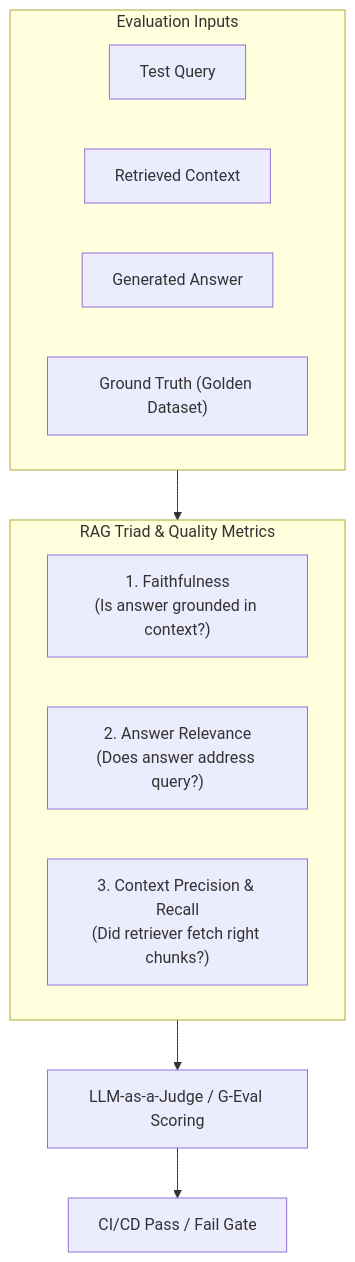
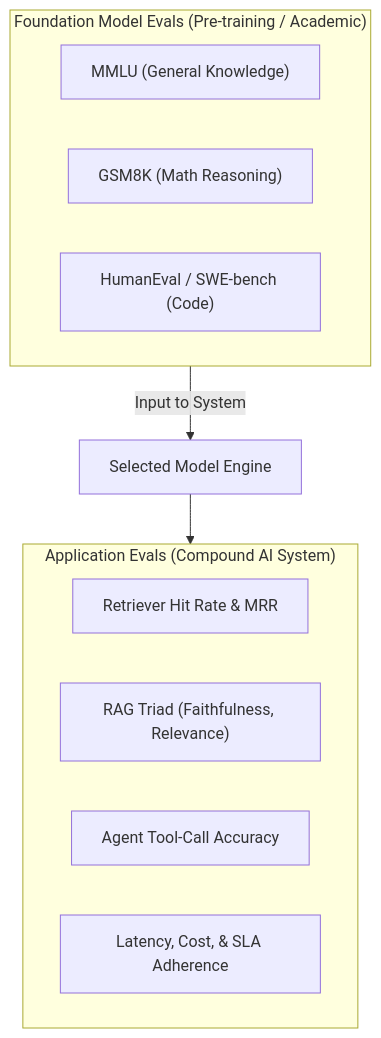
The diagram in docs/06-llm-evaluation/01-llm-evaluation-campusx/02-introduction-to-llm-evaluations-model-ev.md (DeshDeepakKant/ai-engineering-docs), drawn with Mermaid before and after one commit. The commit also changed other lines of this file and 182 other files, not shown here.

````diff
--- a/docs/06-llm-evaluation/01-llm-evaluation-campusx/02-introduction-to-llm-evaluations-model-ev.md
+++ b/docs/06-llm-evaluation/01-llm-evaluation-campusx/02-introduction-to-llm-evaluations-model-ev.md
@@ -35,19 +35,18 @@
 ```mermaid
 flowchart TD
-    subgraph Input["Evaluation Inputs"]
-        Q["Test Query"]
-        C["Retrieved Context"]
-        A["Generated Answer"]
-        G["Ground Truth (Golden Dataset)"]
+    subgraph ModelEvals["Foundation Model Evals (Pre-training / Academic)"]
+        M1["MMLU (General Knowledge)"]
+        M2["GSM8K (Math Reasoning)"]
+        M3["HumanEval / SWE-bench (Code)"]
     end
 
-    subgraph Metrics["RAG Triad & Quality Metrics"]
-        F["1. Faithfulness\n(Is answer grounded in context?)"]
-        R["2. Answer Relevance\n(Does answer address query?)"]
-        P["3. Context Precision & Recall\n(Did retriever fetch right chunks?)"]
+    subgraph AppEvals["Application Evals (Compound AI System)"]
+        A1["Retriever Hit Rate & MRR"]
+        A2["RAG Triad (Faithfulness, Relevance)"]
+        A3["Agent Tool-Call Accuracy"]
+        A4["Latency, Cost, & SLA Adherence"]
     end
 
-    Input --> Metrics
-    Metrics --> Judge["LLM-as-a-Judge / G-Eval Scoring"]
-    Judge --> PassFail["CI/CD Pass / Fail Gate"]
+    ModelEvals -->|"Input to System"| FoundationLLM["Selected Model Engine"]
+    FoundationLLM --> AppEvals
 ```
````
